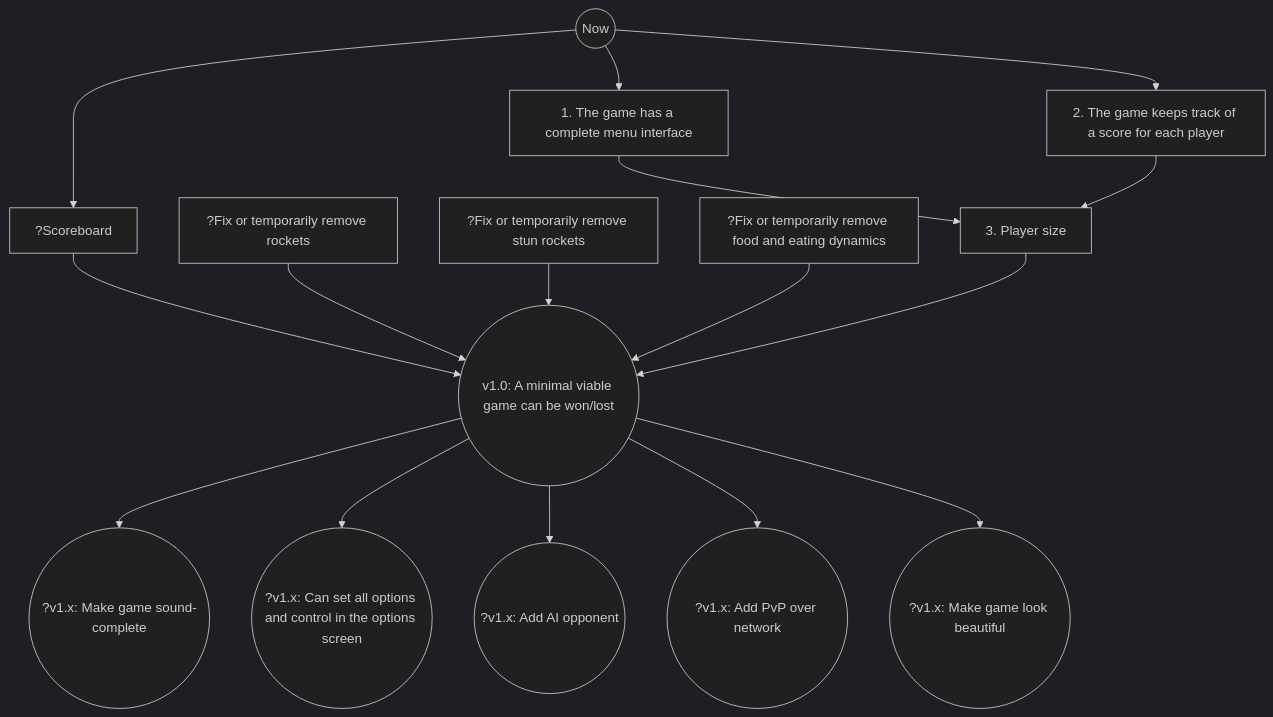
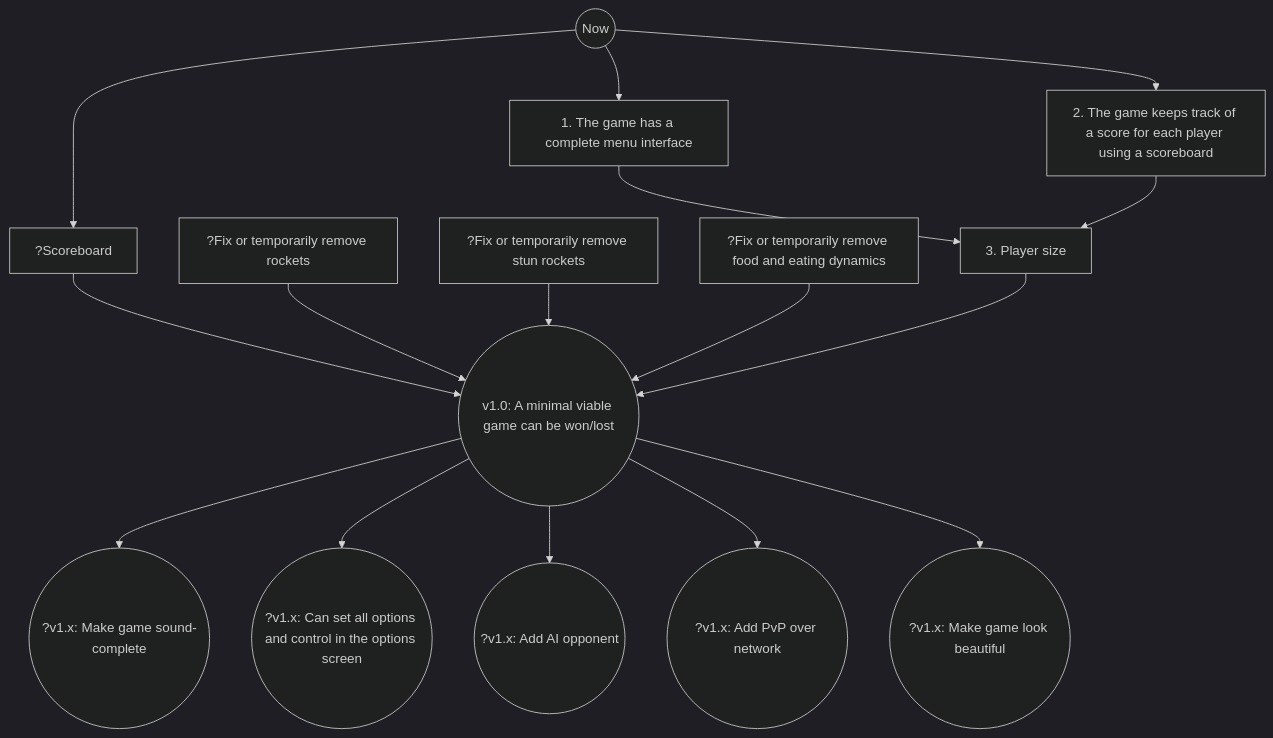
One commit to tresinformal/drakkar changed the diagram in doc/roadmap.md. Above: the diagram before and after it, drawn with Mermaid (dark theme).

````diff
--- a/doc/roadmap.md
+++ b/doc/roadmap.md
@@ -3,18 +3,18 @@
 ```mermaid
 graph TD;
     0((Now))-->10[1. The game has a complete menu interface];
-    0-->20[2. The game keeps track of a score for each player]
+    0-->20[2. The game keeps track of a score for each player using a scoreboard]
     10-->30[3. Player size]
     0-->40[?Scoreboard]
     20-->30
     40-->100
     50[?Fix or temporarily remove rockets]-->100
     60[?Fix or temporarily remove stun rockets]-->100
     70[?Fix or temporarily remove food and eating dynamics]-->100
     30-->100((v1.0: A minimal viable game can be won/lost))
     100-->200((?v1.x: Make game sound-complete))
     100-->300((?v1.x: Can set all options and control in the options screen))
     100-->400((?v1.x: Add AI opponent))
     100-->500((?v1.x: Add PvP over network))
     100-->600((?v1.x: Make game look beautiful))
 ```
````
